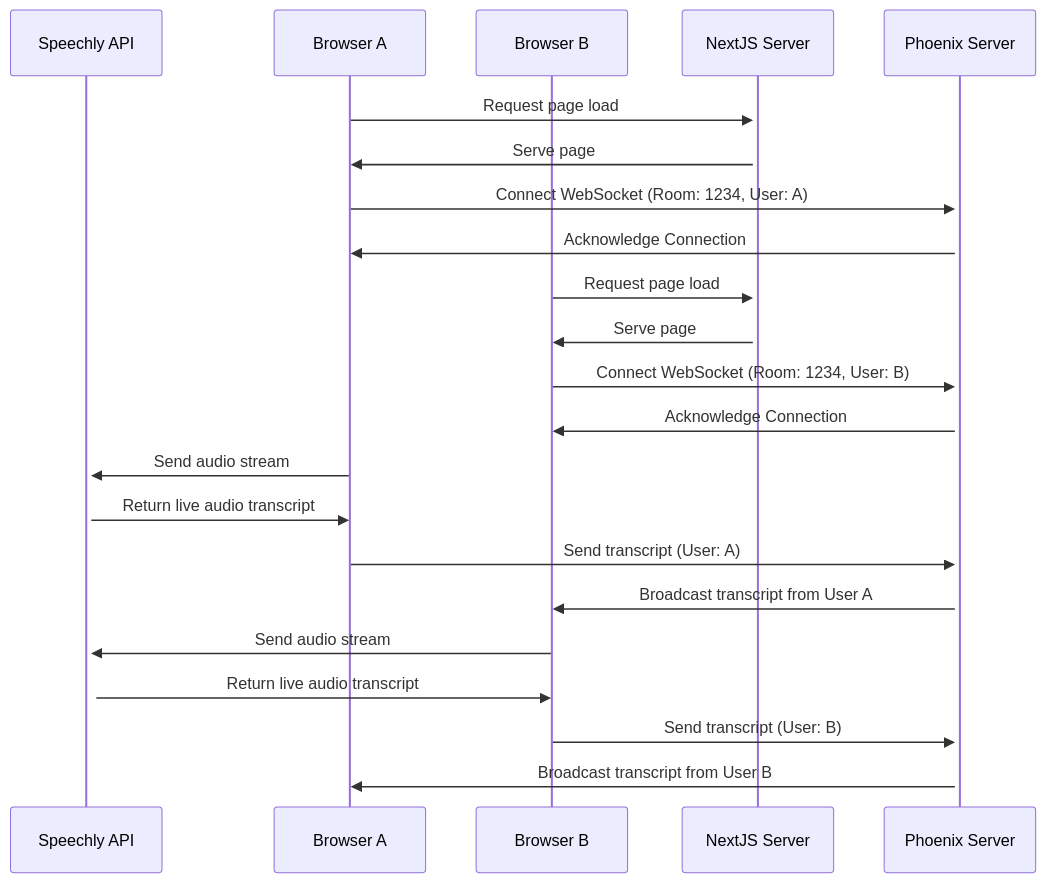
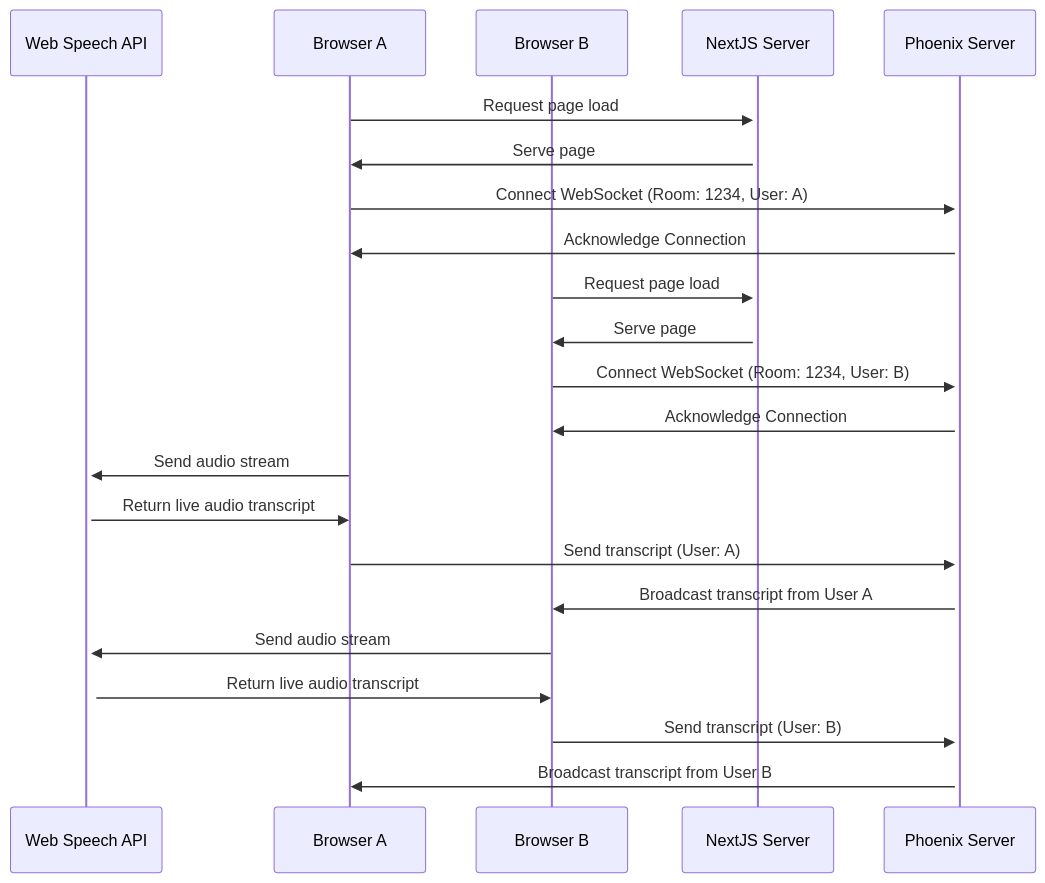
Before and after one commit to mjftw/transcript-sandbox: the diagram in README.md, drawn with Mermaid. The commit also changed other lines of this file, not shown here.

Commit message:
Replace mentions of Speechly

````diff
--- a/README.md
+++ b/README.md
@@ -13,28 +13,28 @@
 ```mermaid
 sequenceDiagram
-    participant SpeechlyAPI as Speechly API
+    participant WebSpeechAPI as Web Speech API
     participant BrowserA as Browser A
     participant BrowserB as Browser B
     participant NextJSServer as NextJS Server
     participant PhoenixServer as Phoenix Server
 
     BrowserA->>+NextJSServer: Request page load
     NextJSServer->>BrowserA: Serve page
     BrowserA->>+PhoenixServer: Connect WebSocket (Room: 1234, User: A)
     PhoenixServer->>BrowserA: Acknowledge Connection
 
     BrowserB->>+NextJSServer: Request page load
     NextJSServer->>BrowserB: Serve page
     BrowserB->>+PhoenixServer: Connect WebSocket (Room: 1234, User: B)
     PhoenixServer->>BrowserB: Acknowledge Connection
 
-    BrowserA->>+SpeechlyAPI: Send audio stream
-    SpeechlyAPI->>BrowserA: Return live audio transcript
+    BrowserA->>+WebSpeechAPI: Send audio stream
+    WebSpeechAPI->>BrowserA: Return live audio transcript
     BrowserA->>+PhoenixServer: Send transcript (User: A)
     PhoenixServer->>BrowserB: Broadcast transcript from User A
 
-    BrowserB->>+SpeechlyAPI: Send audio stream
-    SpeechlyAPI->>BrowserB: Return live audio transcript
+    BrowserB->>+WebSpeechAPI: Send audio stream
+    WebSpeechAPI->>BrowserB: Return live audio transcript
     BrowserB->>+PhoenixServer: Send transcript (User: B)
     PhoenixServer->>BrowserA: Broadcast transcript from User B
 ```
````
